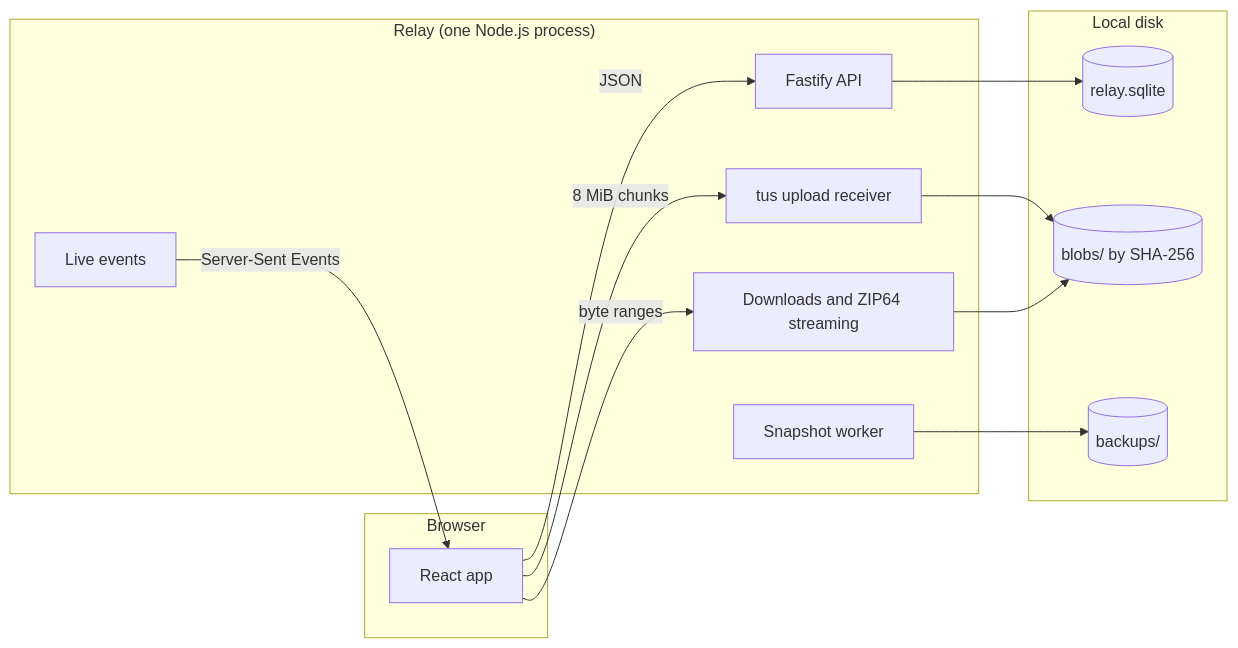
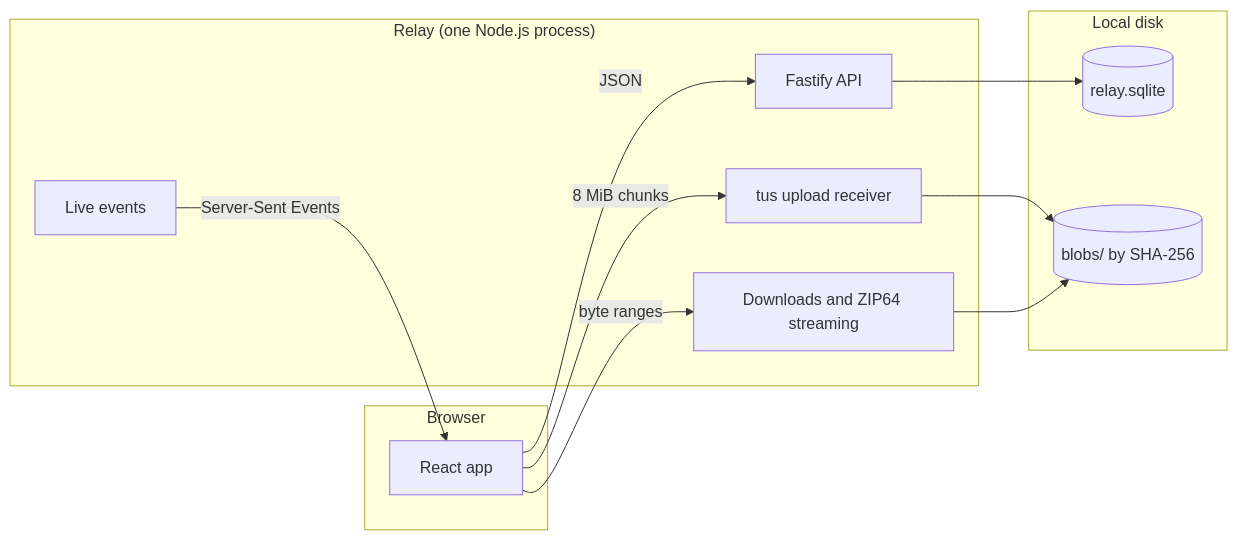
One commit to walriyami/Relay changed the diagram in docs/architecture.md. Above: the diagram before and after it, drawn with Mermaid. The commit also changed other lines of this file and 32 other files, not shown here.

````diff
--- a/docs/architecture.md
+++ b/docs/architecture.md
@@ -5,26 +5,23 @@
 ```mermaid
 flowchart LR
   subgraph Browser
     UI[React app]
   end
   subgraph Relay["Relay (one Node.js process)"]
     API[Fastify API]
     TUS[tus upload receiver]
     DL[Downloads and ZIP64 streaming]
     SSE[Live events]
-    BK[Snapshot worker]
   end
   subgraph Disk["Local disk"]
     DB[(relay.sqlite)]
     BLOBS[(blobs/ by SHA-256)]
-    BACKUPS[(backups/)]
   end
   UI -- JSON --> API
   UI -- 8 MiB chunks --> TUS
   UI -- byte ranges --> DL
   SSE -- Server-Sent Events --> UI
   API --> DB
   TUS --> BLOBS
   DL --> BLOBS
-  BK --> BACKUPS
 ```
````
